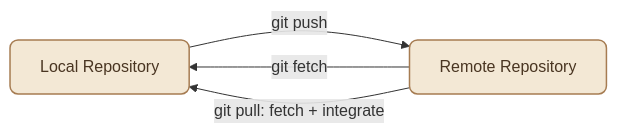
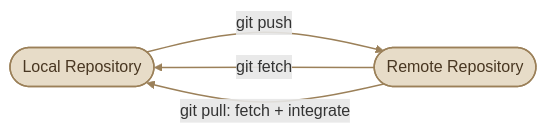
One commit to mustafammasoud/ops-handbook changed the first of 3 diagrams in content/version-control/Git and GitHub/remote-repositories.mdx. Above: the diagram before and after it, drawn with Mermaid. The commit also changed other lines of this file and 17 other files, not shown here.

````diff
--- a/content/version-control/Git and GitHub/remote-repositories.mdx
+++ b/content/version-control/Git and GitHub/remote-repositories.mdx
@@ -47,12 +47,14 @@
 ```mermaid id="k4r8mv"
 flowchart LR
-    LOCAL["Local Repository"] -->|"git push"| REMOTE["Remote Repository"]
+    LOCAL(["Local Repository"]) -->|"git push"| REMOTE(["Remote Repository"])
     REMOTE -->|"git fetch"| LOCAL
     REMOTE -->|"git pull: fetch + integrate"| LOCAL
 
-    classDef repo fill:#f3e8d5,stroke:#a67c52,color:#493522,stroke-width:1.5px,rx:8,ry:8
-    classDef action fill:#e4e9df,stroke:#71866a,color:#344331,stroke-width:1.5px,rx:8,ry:8
+    classDef repo fill:#E7DCC8,stroke:#9B8059,color:#493722,stroke-width:1.5px
+    classDef action fill:#DDE8D8,stroke:#8AA184,color:#344B38,stroke-width:1.5px
 
     class LOCAL,REMOTE repo
     class action action
+
+    linkStyle default stroke:#9B8059,stroke-width:1.5px
 ```
````
